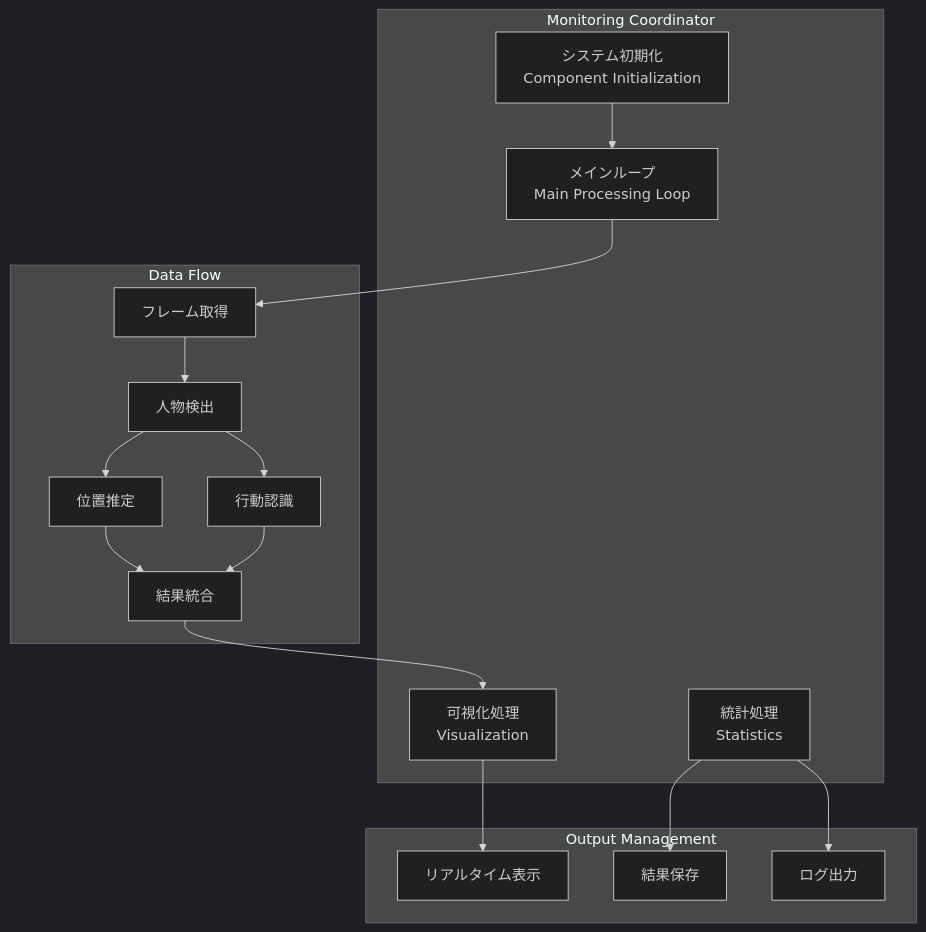
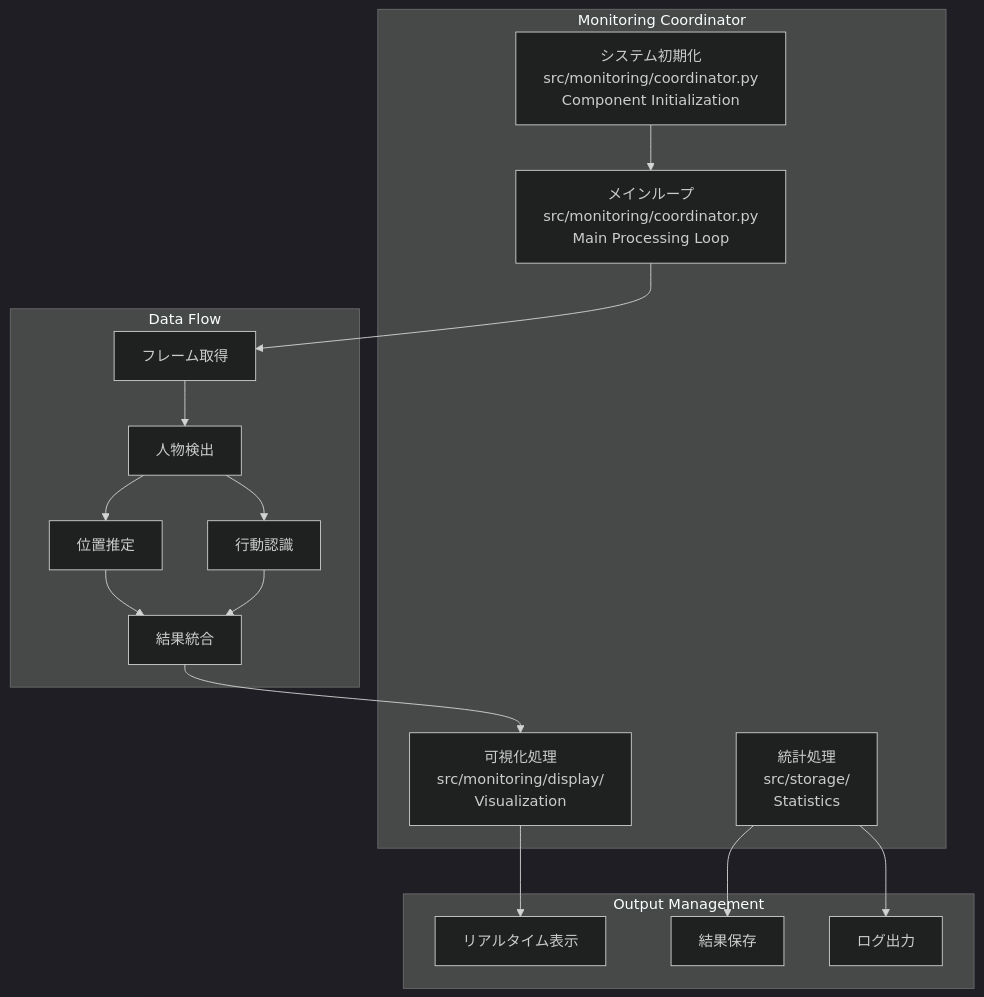
The seventh of 11 diagrams in docs/System_Architecture.md (kira612/PBL_test), drawn with Mermaid (dark theme) before and after one commit. The commit also changed other lines of this file and 60 other files, not shown here.

First line of the commit message:
Refactor codebase into modular architecture with comprehensive documentation updates

````diff
--- a/docs/System_Architecture.md
+++ b/docs/System_Architecture.md
@@ -251,30 +252,30 @@
 ```mermaid
 graph TB
     subgraph "Monitoring Coordinator"
-        Init[システム初期化<br/>Component Initialization]
-        MainLoop[メインループ<br/>Main Processing Loop]
-        Visualize[可視化処理<br/>Visualization]
-        Stats[統計処理<br/>Statistics]
+        Init[システム初期化<br/>src/monitoring/coordinator.py<br/>Component Initialization]
+        MainLoop[メインループ<br/>src/monitoring/coordinator.py<br/>Main Processing Loop]
+        Visualize[可視化処理<br/>src/monitoring/display/<br/>Visualization]
+        Stats[統計処理<br/>src/storage/<br/>Statistics]
     end
     
     subgraph "Data Flow"
         Frame[フレーム取得] --> Detection[人物検出]
         Detection --> Position[位置推定]
         Detection --> Action[行動認識]
         Position --> Integration[結果統合]
         Action --> Integration
         Integration --> Visualize
     end
     
     subgraph "Output Management"
         Display[リアルタイム表示]
         Save[結果保存]
         Log[ログ出力]
     end
     
     Init --> MainLoop
     MainLoop --> Frame
     Visualize --> Display
     Stats --> Save
     Stats --> Log
 ```
````
